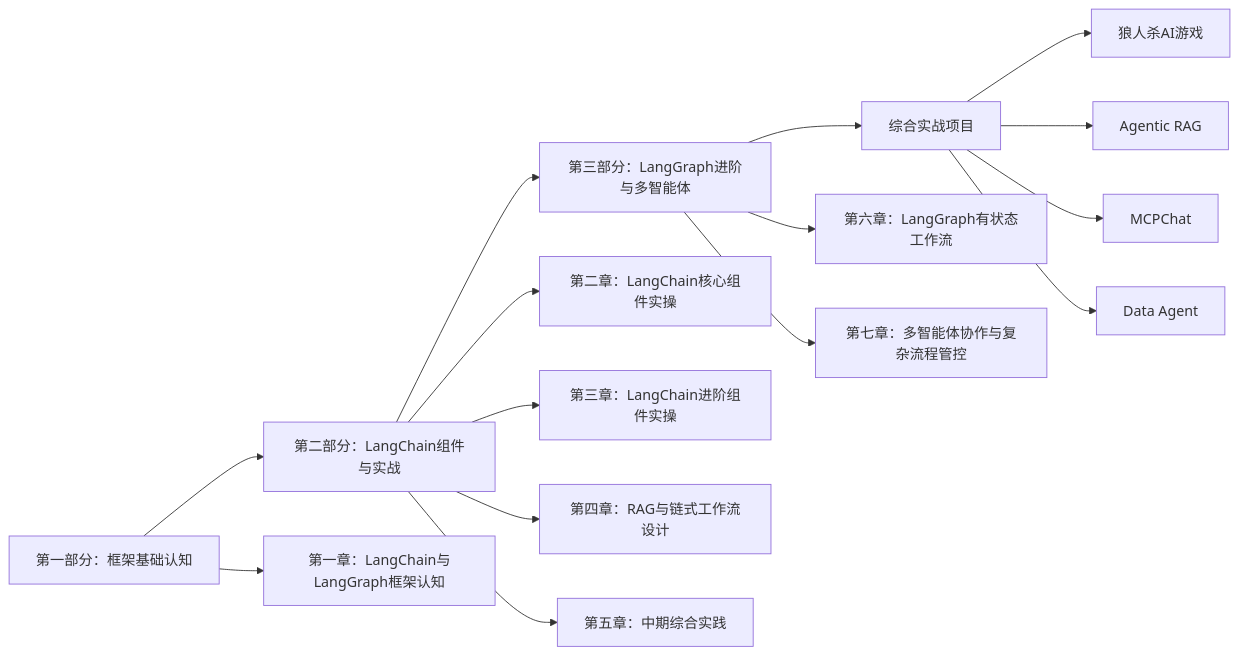
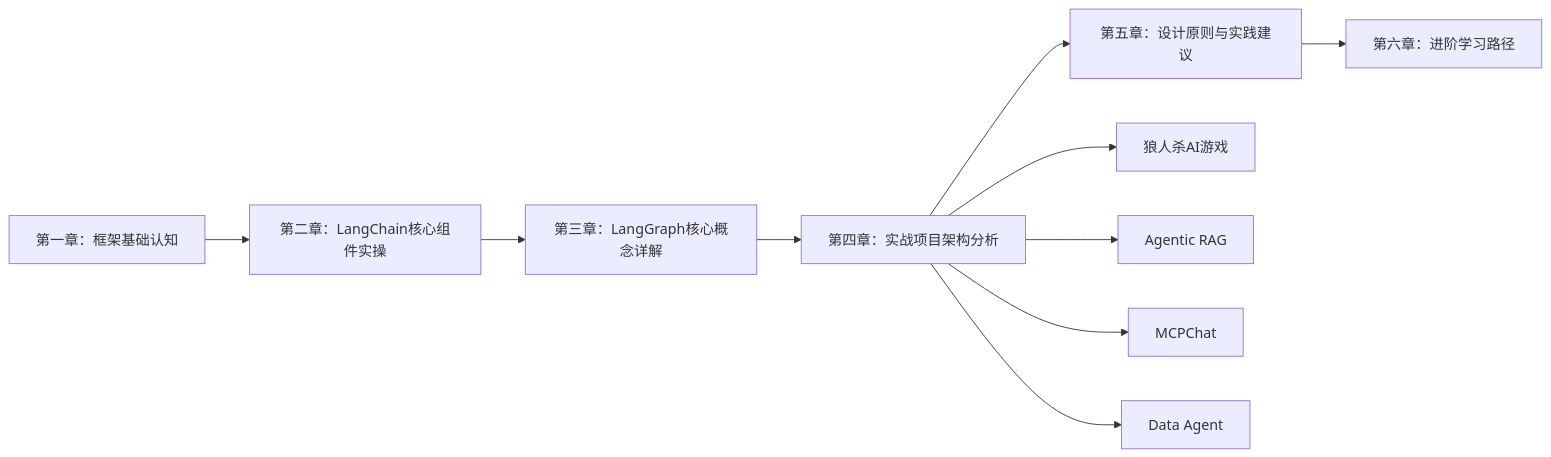
One commit to A1pha3/text-matrix changed the first of 14 diagrams in content/posts/tech/easy-langent-langchain-langgraph-tutorial.md. Above: the diagram before and after it, drawn with Mermaid. The commit also changed other lines of this file and 62 other files, not shown here.

````diff
--- a/content/posts/tech/easy-langent-langchain-langgraph-tutorial.md
+++ b/content/posts/tech/easy-langent-langchain-langgraph-tutorial.md
@@ -42,18 +50,13 @@
 ```mermaid
 graph LR
-    A["第一部分：框架基础认知"] --> B["第二部分：LangChain组件与实战"]
-    B --> C["第三部分：LangGraph进阶与多智能体"]
-    C --> D["综合实战项目"]
-    
-    A --> A1["第一章：LangChain与LangGraph框架认知"]
-    B --> B1["第二章：LangChain核心组件实操"]
-    B --> B2["第三章：LangChain进阶组件实操"]
-    B --> B3["第四章：RAG与链式工作流设计"]
-    B --> B4["第五章：中期综合实践"]
-    C --> C1["第六章：LangGraph有状态工作流"]
-    C --> C2["第七章：多智能体协作与复杂流程管控"]
+    A["第一章：框架基础认知"] --> B["第二章：LangChain核心组件实操"]
+    B --> C["第三章：LangGraph核心概念详解"]
+    C --> D["第四章：实战项目架构分析"]
+    D --> E["第五章：设计原则与实践建议"]
+    E --> F["第六章：进阶学习路径"]
+
     D --> D1["狼人杀AI游戏"]
     D --> D2["Agentic RAG"]
     D --> D3["MCPChat"]
     D --> D4["Data Agent"]
 ```
````
